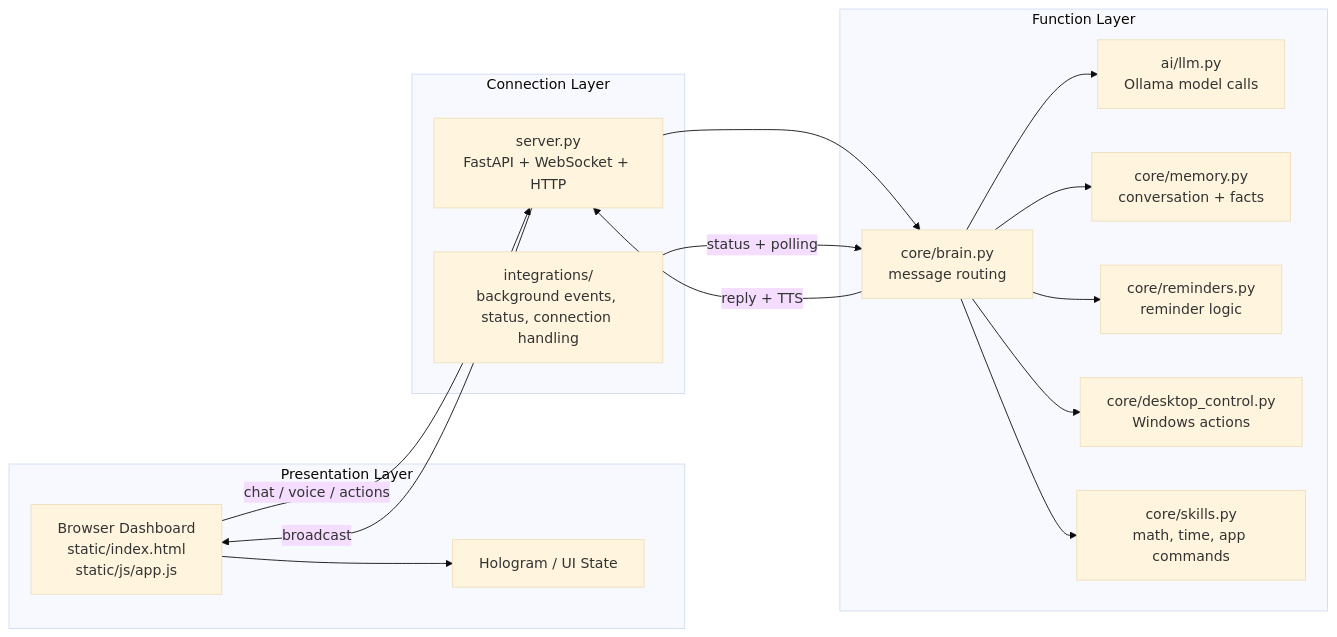
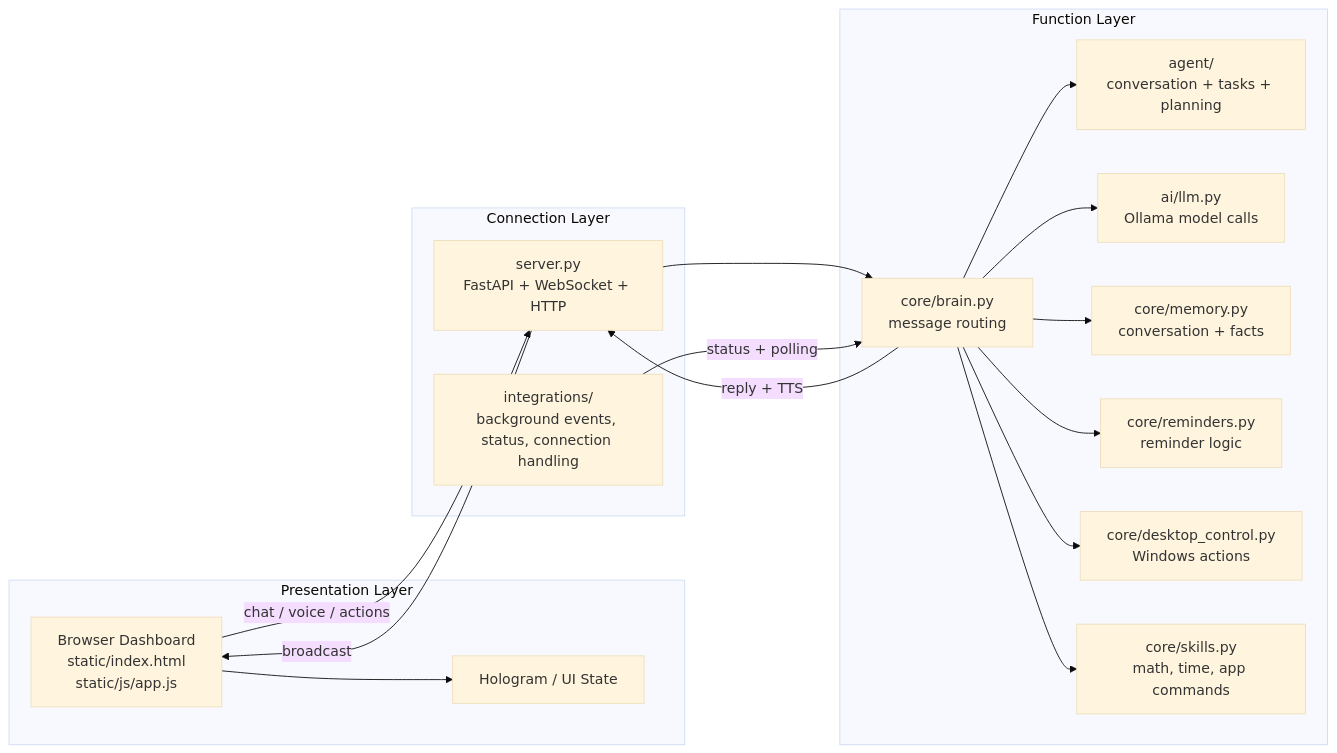
One commit to vyankatesh-dounde/Shadow-AI-assisstant changed the diagram in README.md. Above: the diagram before and after it, drawn with Mermaid (base theme). The commit also changed other lines of this file and 26 other files, not shown here.

````diff
--- a/README.md
+++ b/README.md
@@ -29,33 +30,35 @@
 ```mermaid
 flowchart LR
     subgraph Presentation[Presentation Layer]
         Browser[Browser Dashboard\nstatic/index.html\nstatic/js/app.js]
         Holo[Hologram / UI State]
     end
 
     subgraph Connection[Connection Layer]
         Server[server.py\nFastAPI + WebSocket + HTTP]
         Integrations[integrations/\nbackground events, status, connection handling]
     end
 
     subgraph Function[Function Layer]
         Brain[core/brain.py\nmessage routing]
+        Agent[agent/\nconversation + tasks + planning]
         AI[ai/llm.py\nOllama model calls]
         Memory[core/memory.py\nconversation + facts]
         Reminders[core/reminders.py\nreminder logic]
         Desktop[core/desktop_control.py\nWindows actions]
         Skills[core/skills.py\nmath, time, app commands]
     end
 
     Browser -->|chat / voice / actions| Server
     Server --> Brain
+    Brain --> Agent
     Brain --> AI
     Brain --> Memory
     Brain --> Reminders
     Brain --> Desktop
     Brain --> Skills
     Integrations -->|status + polling| Brain
     Brain -->|reply + TTS| Server
     Server -->|broadcast| Browser
     Browser --> Holo
 ```
````
